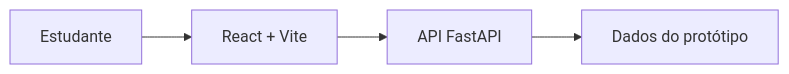
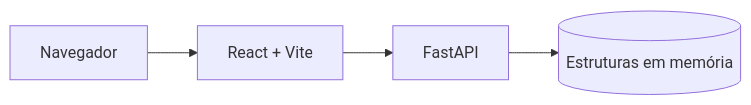
One commit to IgorJustino/KEPLER-GRADE-WEB changed the second of 3 diagrams in docs/desenvolvimento/arquitetura.md. Above: the diagram before and after it, drawn with Mermaid. The commit also changed other lines of this file and 13 other files, not shown here.

````diff
--- a/docs/desenvolvimento/arquitetura.md
+++ b/docs/desenvolvimento/arquitetura.md
@@ -7,6 +32,6 @@
 ```mermaid
 flowchart LR
-    U[Estudante] --> V[React + Vite]
-    V --> A[API FastAPI]
-    A --> D[Dados do protótipo]
+    U[Navegador] --> F[React + Vite]
+    F --> A[FastAPI]
+    A --> M[(Estruturas em memória)]
 ```
````
